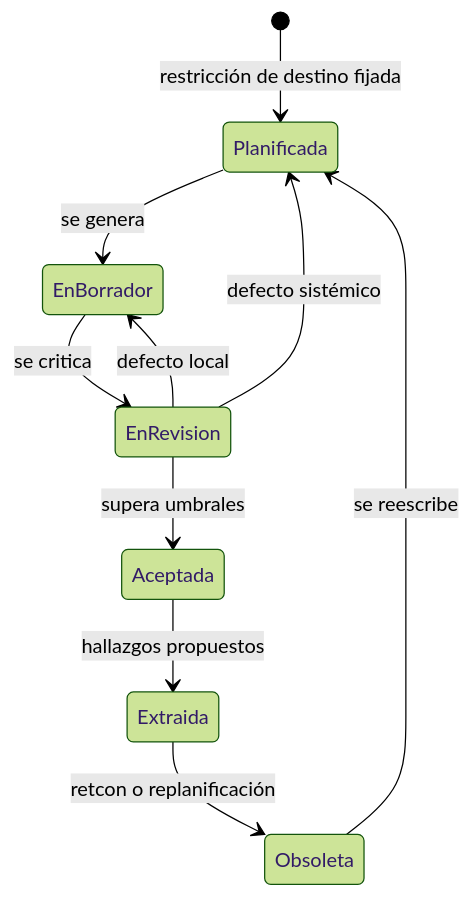
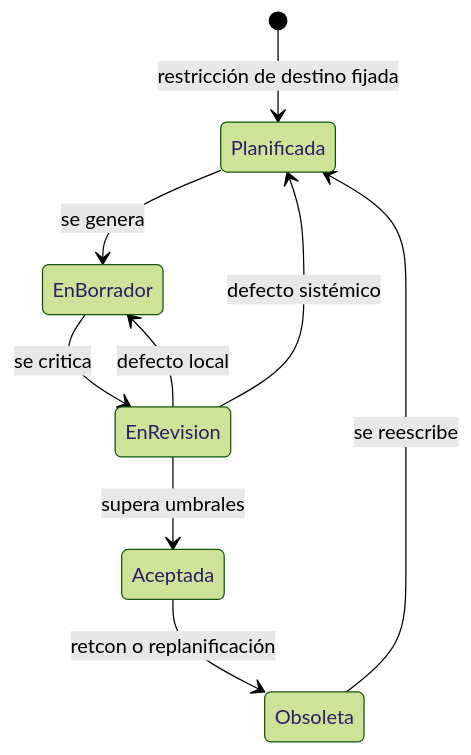
Before and after one commit to BrunoCrz3/MyStory: diagram 19 of 20 in docs/domain-knowledge.md, drawn with Mermaid (forest theme). The commit also changed other lines of this file and 1 other file, not shown here.

````diff
--- a/docs/domain-knowledge.md
+++ b/docs/domain-knowledge.md
@@ -329,12 +340,11 @@
 ```mermaid
 stateDiagram-v2
   [*] --> Planificada: restricción de destino fijada
   Planificada --> EnBorrador: se genera
   EnBorrador --> EnRevision: se critica
   EnRevision --> EnBorrador: defecto local
   EnRevision --> Planificada: defecto sistémico
   EnRevision --> Aceptada: supera umbrales
-  Aceptada --> Extraida: hallazgos propuestos
-  Extraida --> Obsoleta: retcon o replanificación
+  Aceptada --> Obsoleta: retcon o replanificación
   Obsoleta --> Planificada: se reescribe
 ```
````
